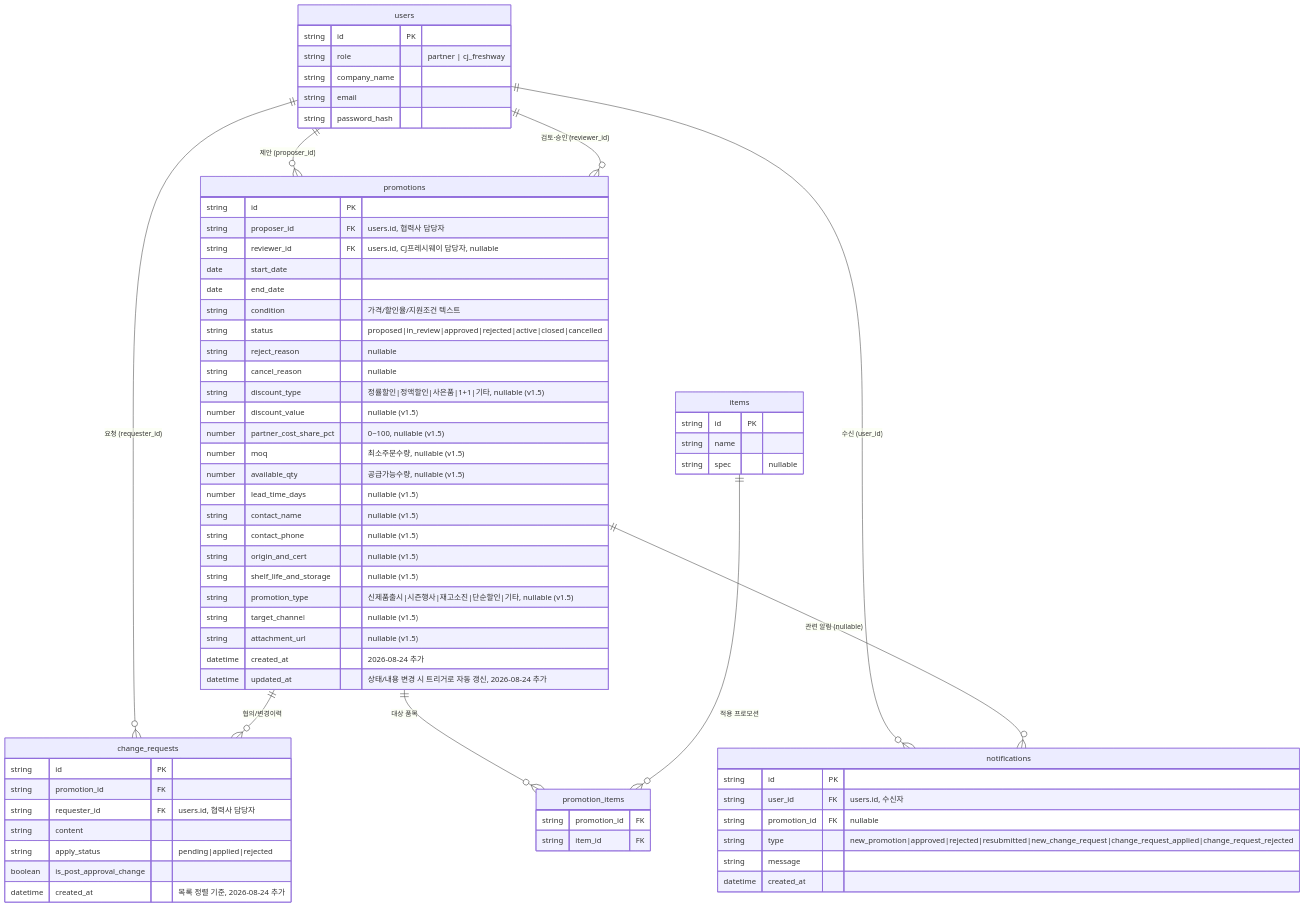
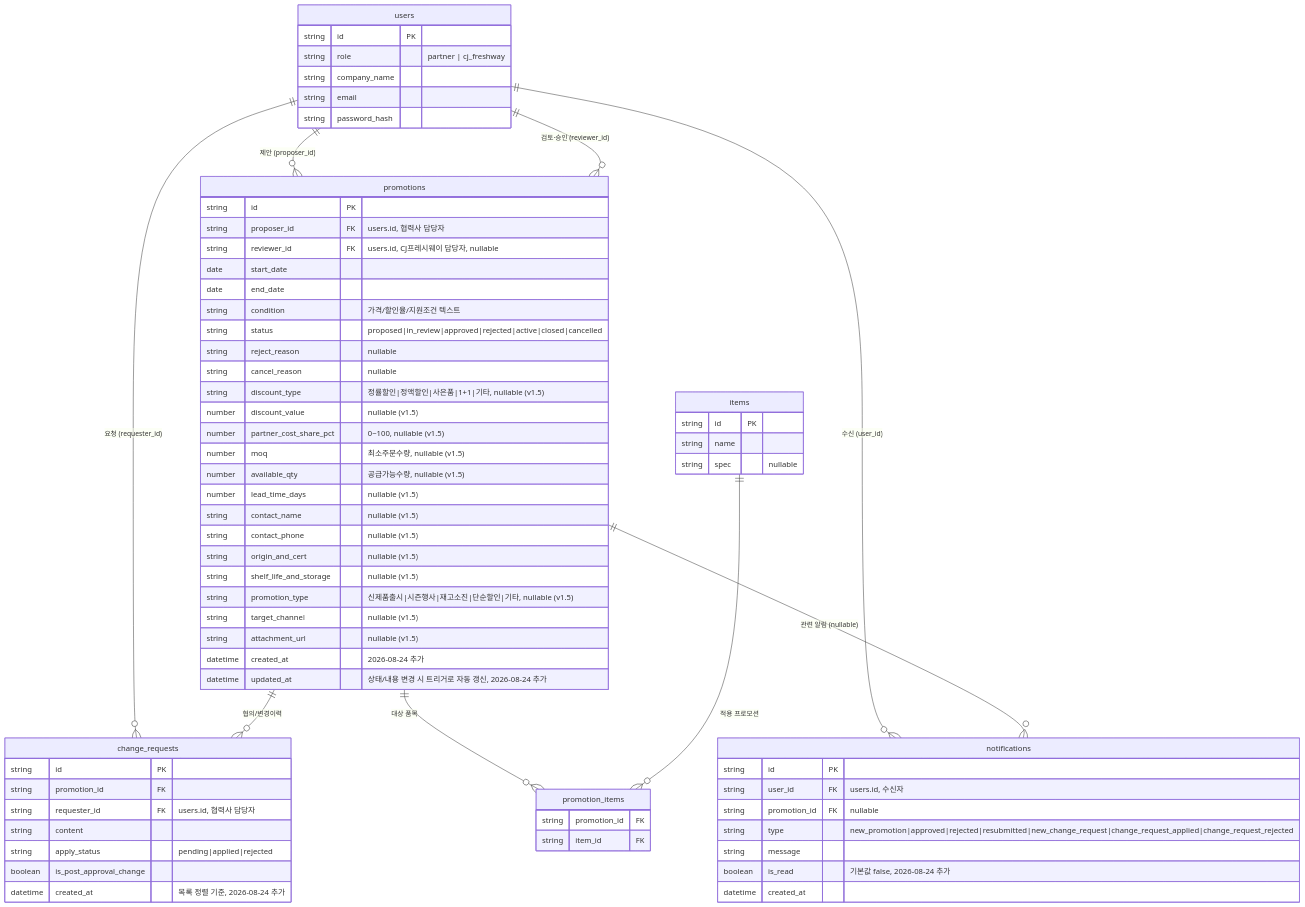
The diagram in docs/8-erd.md (spongood99-spec/b2b-promo), drawn with Mermaid before and after one commit. The commit also changed other lines of this file and 2 other files, not shown here.

First line of the commit message:
Sync docs with da1c253/2375cdb (helmet+search, notification read-status+dashboard)

````diff
--- a/docs/8-erd.md
+++ b/docs/8-erd.md
@@ -5,76 +5,77 @@
 ```mermaid
 erDiagram
     users ||--o{ promotions : "제안 (proposer_id)"
     users ||--o{ promotions : "검토·승인 (reviewer_id)"
     users ||--o{ change_requests : "요청 (requester_id)"
     promotions ||--o{ change_requests : "협의/변경이력"
     promotions ||--o{ promotion_items : "대상 품목"
     items ||--o{ promotion_items : "적용 프로모션"
     users ||--o{ notifications : "수신 (user_id)"
     promotions ||--o{ notifications : "관련 알림 (nullable)"
 
     users {
         string id PK
         string role "partner | cj_freshway"
         string company_name
         string email
         string password_hash
     }
 
     promotions {
         string id PK
         string proposer_id FK "users.id, 협력사 담당자"
         string reviewer_id FK "users.id, CJ프레시웨이 담당자, nullable"
         date start_date
         date end_date
         string condition "가격/할인율/지원조건 텍스트"
         string status "proposed|in_review|approved|rejected|active|closed|cancelled"
         string reject_reason "nullable"
         string cancel_reason "nullable"
         string discount_type "정률할인|정액할인|사은품|1+1|기타, nullable (v1.5)"
         number discount_value "nullable (v1.5)"
         number partner_cost_share_pct "0~100, nullable (v1.5)"
         number moq "최소주문수량, nullable (v1.5)"
         number available_qty "공급가능수량, nullable (v1.5)"
         number lead_time_days "nullable (v1.5)"
         string contact_name "nullable (v1.5)"
         string contact_phone "nullable (v1.5)"
         string origin_and_cert "nullable (v1.5)"
         string shelf_life_and_storage "nullable (v1.5)"
         string promotion_type "신제품출시|시즌행사|재고소진|단순할인|기타, nullable (v1.5)"
         string target_channel "nullable (v1.5)"
         string attachment_url "nullable (v1.5)"
         datetime created_at "2026-08-24 추가"
         datetime updated_at "상태/내용 변경 시 트리거로 자동 갱신, 2026-08-24 추가"
     }
 
     items {
         string id PK
         string name
         string spec "nullable"
     }
 
     promotion_items {
         string promotion_id FK
         string item_id FK
     }
 
     change_requests {
         string id PK
         string promotion_id FK
         string requester_id FK "users.id, 협력사 담당자"
         string content
         string apply_status "pending|applied|rejected"
         boolean is_post_approval_change
         datetime created_at "목록 정렬 기준, 2026-08-24 추가"
     }
 
     notifications {
         string id PK
         string user_id FK "users.id, 수신자"
         string promotion_id FK "nullable"
         string type "new_promotion|approved|rejected|resubmitted|new_change_request|change_request_applied|change_request_rejected"
         string message
+        boolean is_read "기본값 false, 2026-08-24 추가"
         datetime created_at
     }
 ```
````
